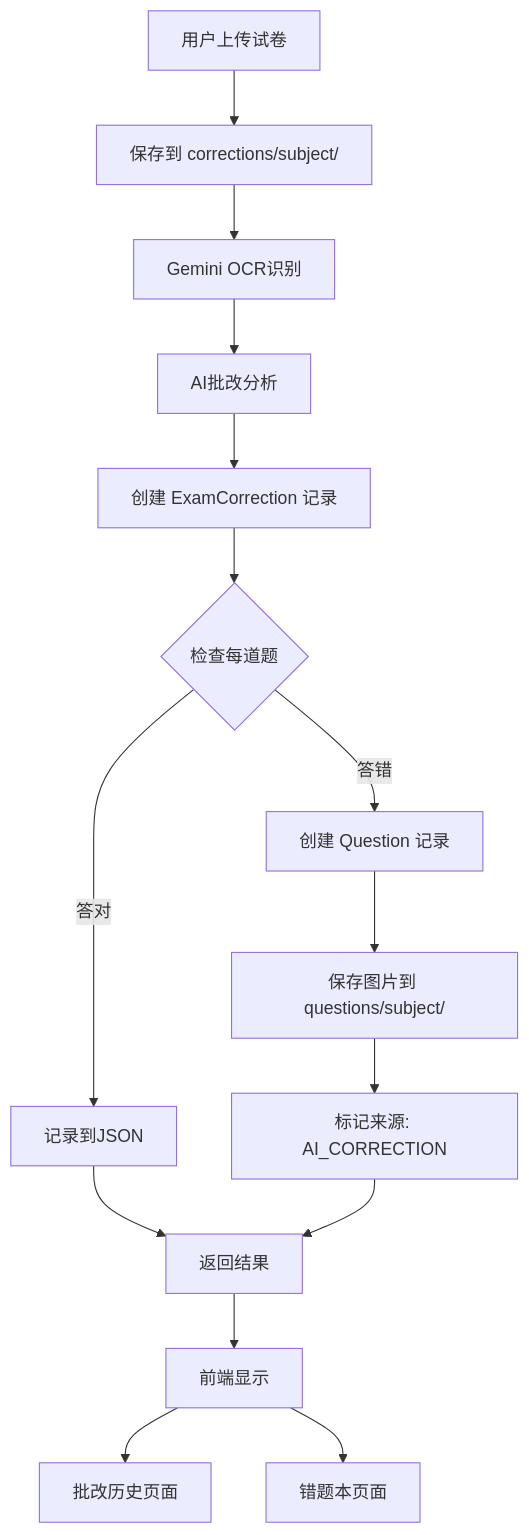
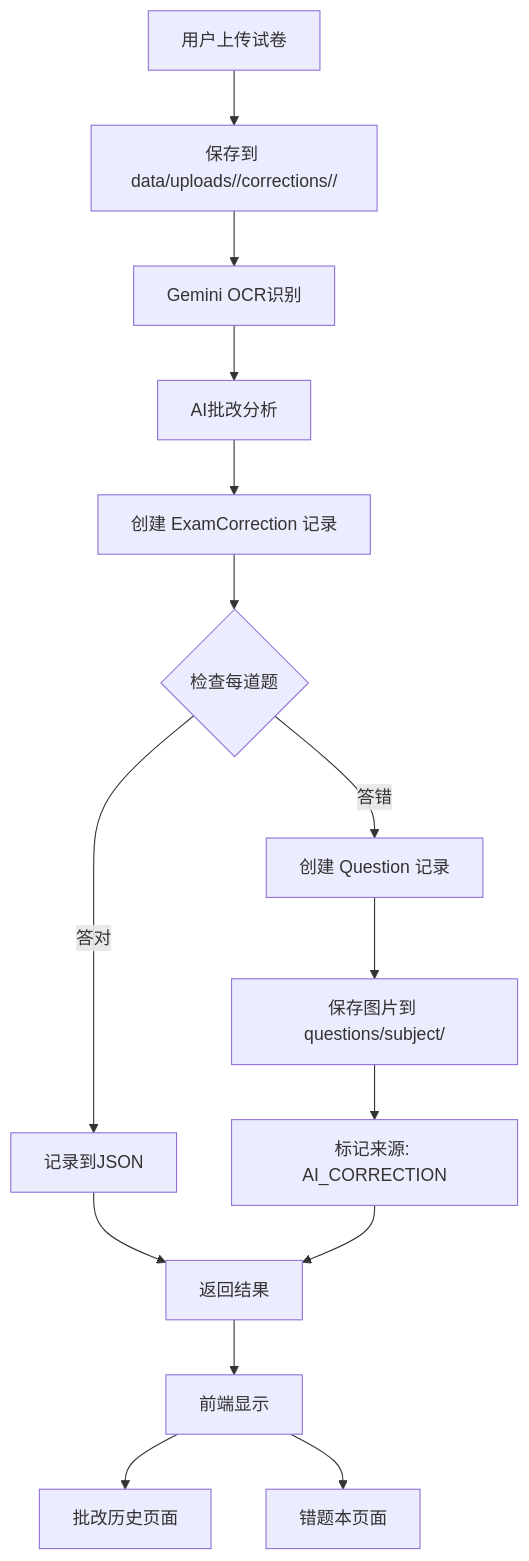
The diagram in docs/AI_CORRECTION_SYSTEM.md (muxi222/Personalized-learning-system), drawn with Mermaid before and after one commit. The commit also changed other lines of this file and 61 other files, not shown here.

````diff
--- a/docs/AI_CORRECTION_SYSTEM.md
+++ b/docs/AI_CORRECTION_SYSTEM.md
@@ -509,17 +511,17 @@
 ```mermaid
 graph TD
-    A[用户上传试卷] --> B[保存到 corrections/subject/]
+    A[用户上传试卷] --> B[保存到 data/uploads/<user>/corrections/<subject>/]
     B --> C[Gemini OCR识别]
     C --> D[AI批改分析]
     D --> E[创建 ExamCorrection 记录]
     E --> F{检查每道题}
     F -->|答对| G[记录到JSON]
     F -->|答错| H[创建 Question 记录]
     H --> I[保存图片到 questions/subject/]
     I --> J[标记来源: AI_CORRECTION]
     G --> K[返回结果]
     J --> K
     K --> L[前端显示]
     L --> M[批改历史页面]
     L --> N[错题本页面]
 ```
````
